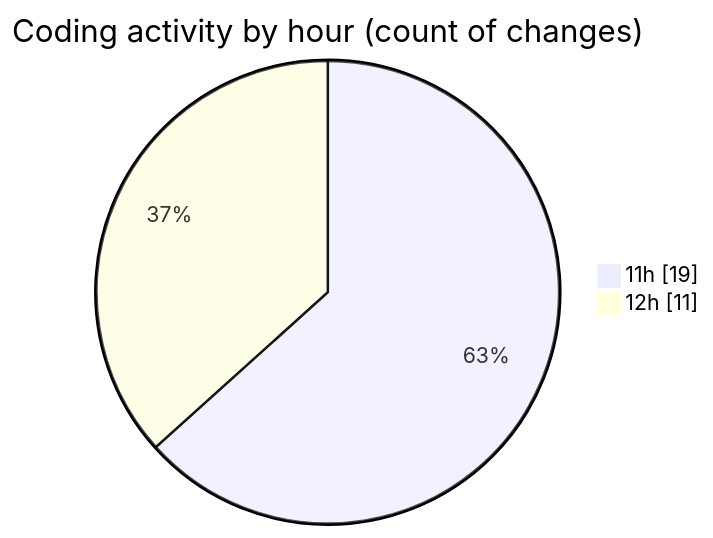
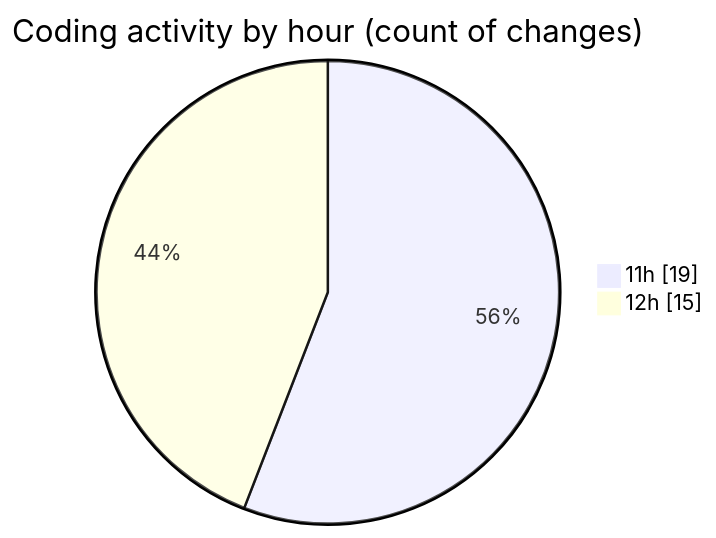
One commit to Ritupan-Deka/code-tracking changed the second of 2 diagrams in 2025-10-20/scopecraft/README.md. Above: the diagram before and after it, drawn with Mermaid. The commit also changed other lines of this file and 1 other file, not shown here.

````diff
--- a/2025-10-20/scopecraft/README.md
+++ b/2025-10-20/scopecraft/README.md
@@ -34,6 +35,6 @@
 ```mermaid
 pie showData
 title Coding activity by hour (count of changes)
 "11h" : 19
-"12h" : 11
+"12h" : 15
 ```
````
